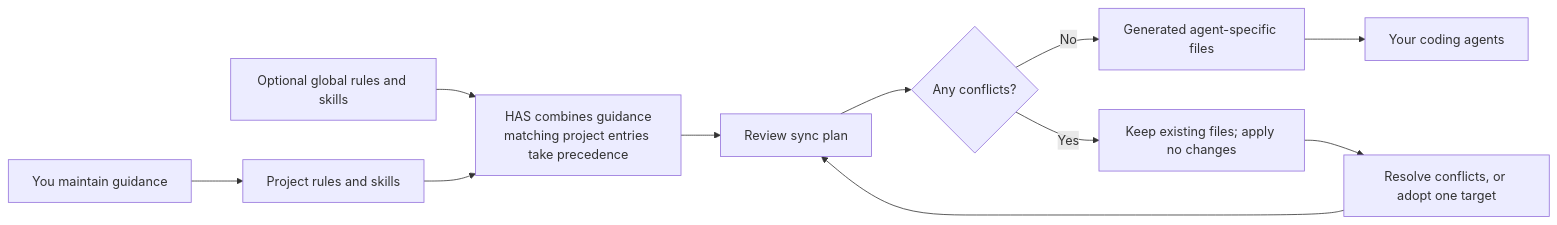
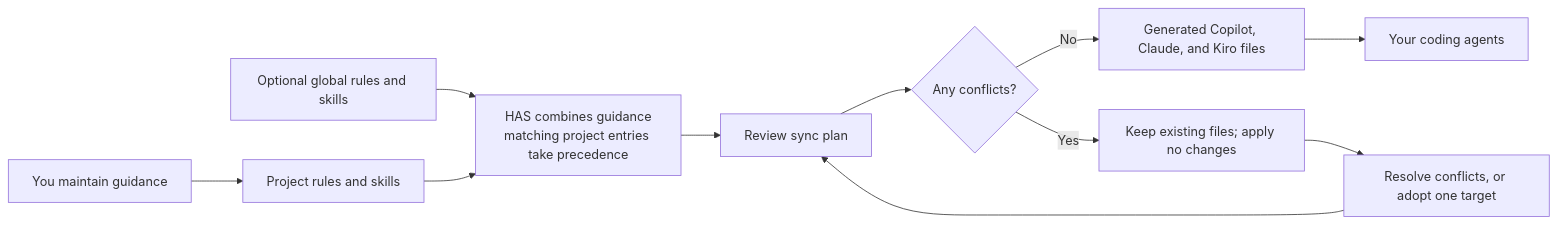
The diagram in README.md (Fabr1ce/human-agent-space), drawn with Mermaid before and after one commit. The commit also changed other lines of this file and 2 other files, not shown here.

Commit message:
feat(adapters): add safe Copilot and Claude sync

````diff
--- a/README.md
+++ b/README.md
@@ -16,13 +16,13 @@
 ```mermaid
 flowchart LR
   person["You maintain guidance"] --> project["Project rules and skills"]
   global["Optional global rules and skills"] --> combine["HAS combines guidance<br/>matching project entries take precedence"]
   project --> combine
   combine --> preview["Review sync plan"]
   preview --> decision{"Any conflicts?"}
-  decision -- No --> generated["Generated agent-specific files"]
+  decision -- No --> generated["Generated Copilot, Claude, and Kiro files"]
   generated --> agents["Your coding agents"]
   decision -- Yes --> preserved["Keep existing files; apply no changes"]
   preserved --> resolve["Resolve conflicts, or adopt one target"]
   resolve --> preview
 ```
````
